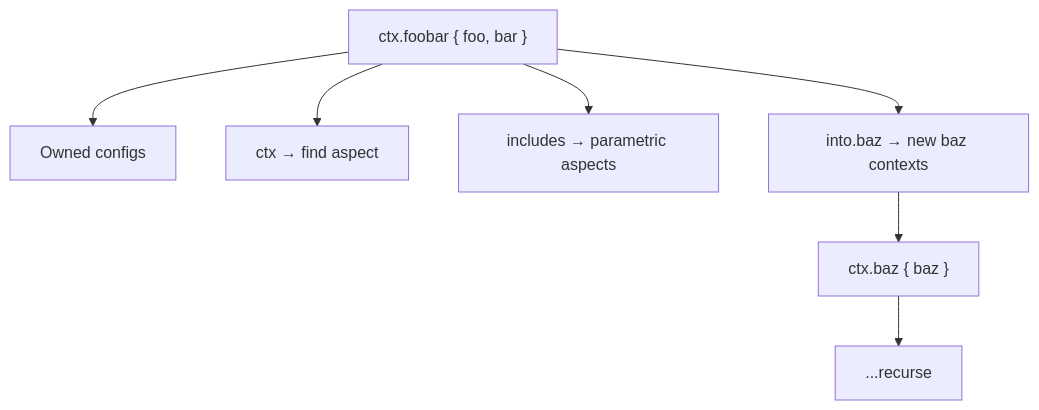
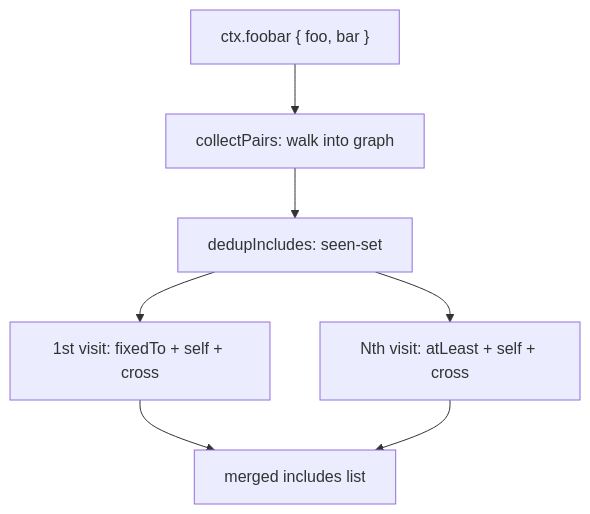
One commit to vic/den changed the second of 3 diagrams in docs/src/content/docs/explanation/context-system.md. Above: the diagram before and after it, drawn with Mermaid. The commit also changed other lines of this file and 15 other files, not shown here.

````diff
--- a/docs/src/content/docs/explanation/context-system.md
+++ b/docs/src/content/docs/explanation/context-system.md
@@ -69,10 +74,10 @@
 ```mermaid
 graph TD
   Apply["ctx.foobar { foo, bar }"]
-  Apply --> Own["Owned configs"]
-  Apply --> Conf["ctx → find aspect"]
-  Apply --> Inc["includes → parametric aspects"]
-  Apply --> Into["into.baz → new baz contexts"]
-  Into --> Next["ctx.baz { baz }"]
-  Next --> Own2["...recurse"]
+  Apply --> Collect["collectPairs: walk into graph"]
+  Collect --> Dedup["dedupIncludes: seen-set"]
+  Dedup --> First["1st visit: fixedTo + self + cross"]
+  Dedup --> Later["Nth visit: atLeast + self + cross"]
+  First --> Result["merged includes list"]
+  Later --> Result
 ```
````
